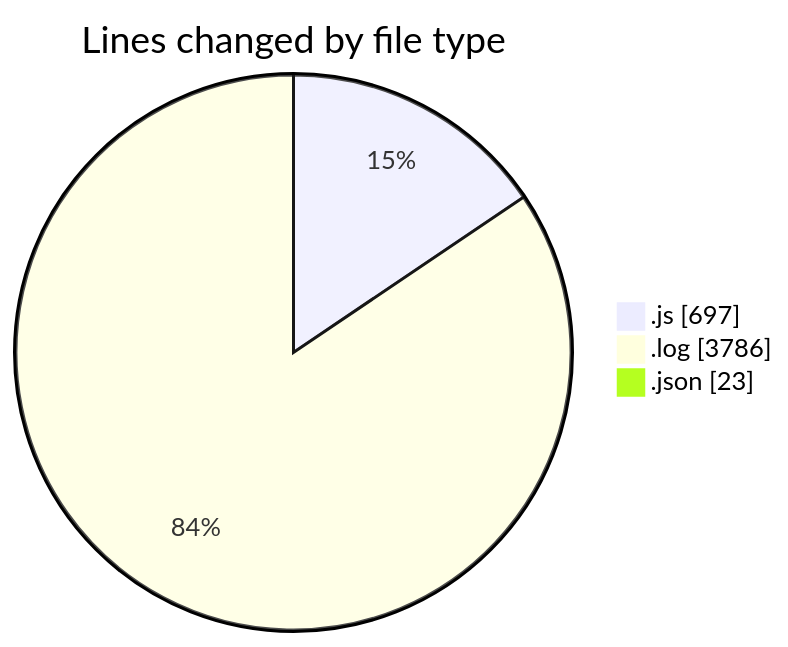
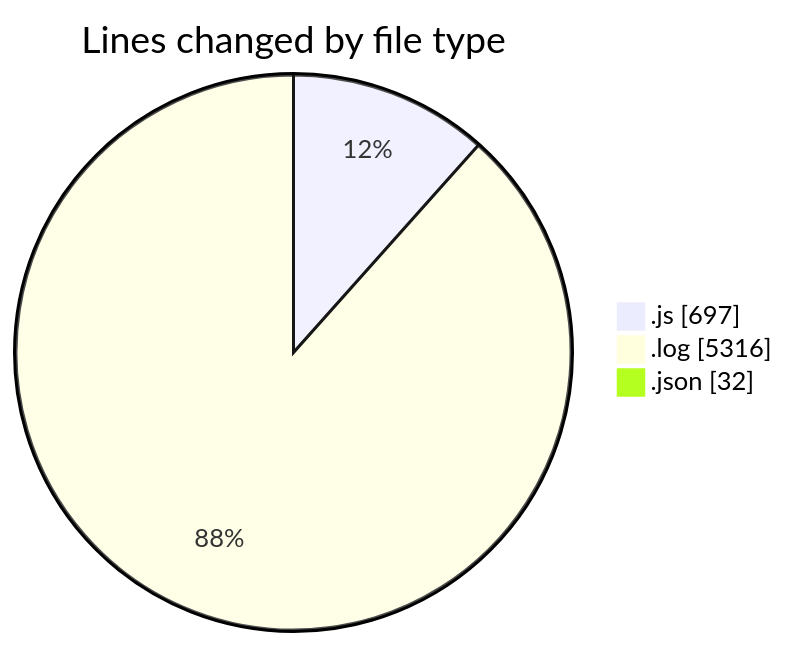
One commit to nxtqubesakshisongat/code-tracking changed the first of 2 diagrams in 2025-04-15/nxtqube_webapp/README.md. Above: the diagram before and after it, drawn with Mermaid. The commit also changed other lines of this file and 1 other file, not shown here.

````diff
--- a/2025-04-15/nxtqube_webapp/README.md
+++ b/2025-04-15/nxtqube_webapp/README.md
@@ -25,7 +26,7 @@
 ```mermaid
 pie showData
 title Lines changed by file type
 ".js" : 697
-".log" : 3786
-".json" : 23
+".log" : 5316
+".json" : 32
 ```
````
